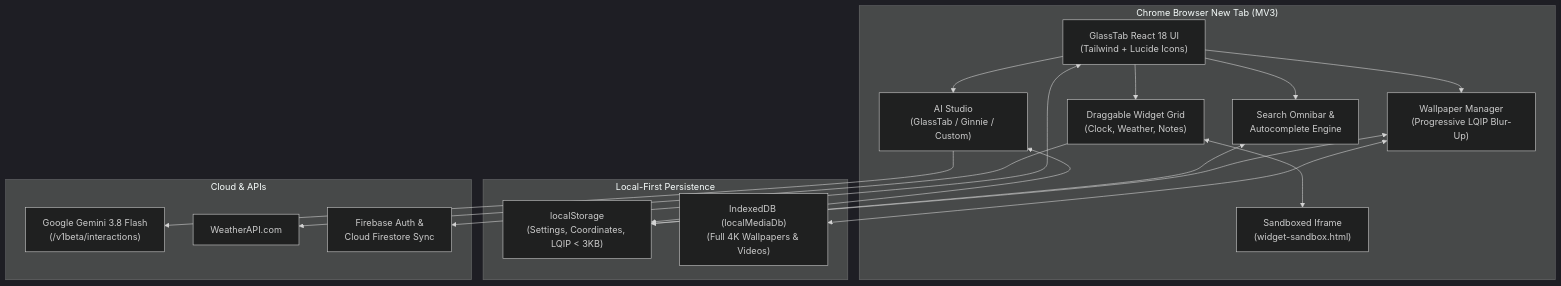
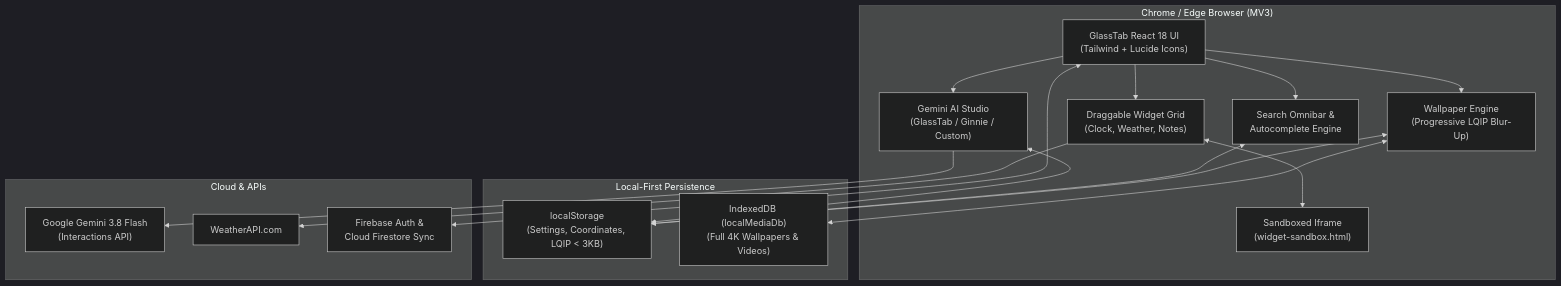
One commit to Aryansrivastava07/GlassTab changed the diagram in README.md. Above: the diagram before and after it, drawn with Mermaid (dark theme). The commit also changed other lines of this file and 2 other files, not shown here.

````diff
--- a/README.md
+++ b/README.md
@@ -78,37 +147,37 @@
 ```mermaid
 flowchart TD
-    subgraph Browser ["Chrome Browser New Tab (MV3)"]
+    subgraph Browser ["Chrome / Edge Browser (MV3)"]
         UI["GlassTab React 18 UI<br/>(Tailwind + Lucide Icons)"]
         Omnibar["Search Omnibar &<br/>Autocomplete Engine"]
-        AI["AI Studio<br/>(GlassTab / Ginnie / Custom)"]
+        AI["Gemini AI Studio<br/>(GlassTab / Ginnie / Custom)"]
         WidgetGrid["Draggable Widget Grid<br/>(Clock, Weather, Notes)"]
         Sandbox["Sandboxed Iframe<br/>(widget-sandbox.html)"]
-        WP["Wallpaper Manager<br/>(Progressive LQIP Blur-Up)"]
+        WP["Wallpaper Engine<br/>(Progressive LQIP Blur-Up)"]
     end
 
     subgraph Storage ["Local-First Persistence"]
         LS["localStorage<br/>(Settings, Coordinates, LQIP < 3KB)"]
         IDB["IndexedDB (localMediaDb)<br/>(Full 4K Wallpapers & Videos)"]
     end
 
     subgraph External ["Cloud & APIs"]
-        Gemini["Google Gemini 3.8 Flash<br/>(/v1beta/interactions)"]
+        Gemini["Google Gemini 3.8 Flash<br/>(Interactions API)"]
         WeatherAPI["WeatherAPI.com"]
         Firebase["Firebase Auth &<br/>Cloud Firestore Sync"]
     end
 
     UI --> Omnibar
     UI --> AI
     UI --> WidgetGrid
     UI --> WP
     WidgetGrid <--> Sandbox
 
     WP <--> LS
     WP <--> IDB
     Omnibar <--> LS
     AI <--> LS
 
     AI --> Gemini
     WidgetGrid --> WeatherAPI
     UI <--> Firebase
 ```
````
